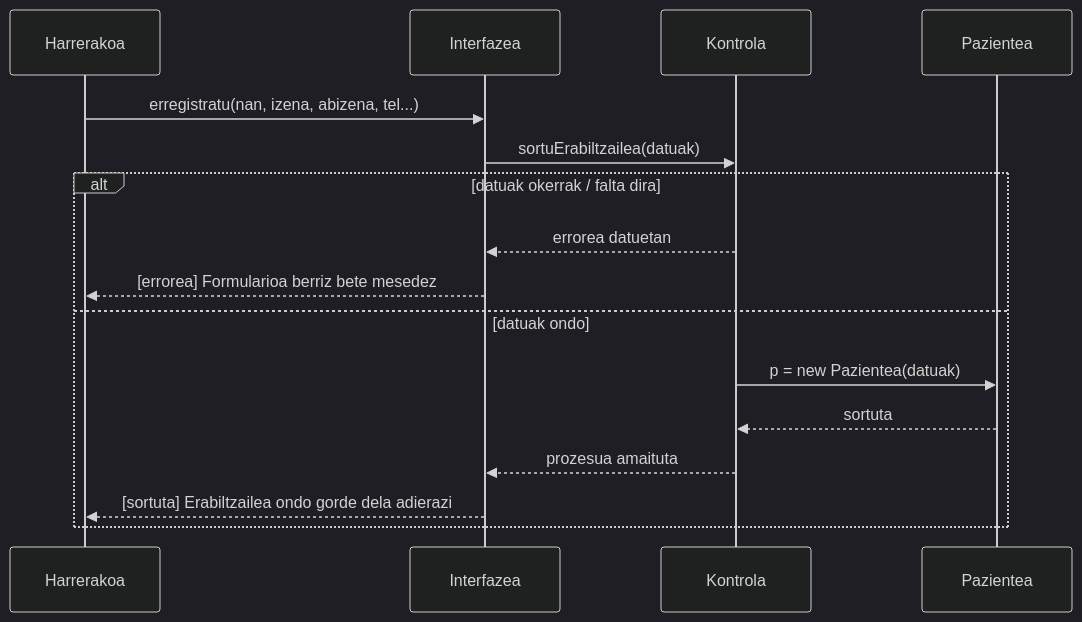
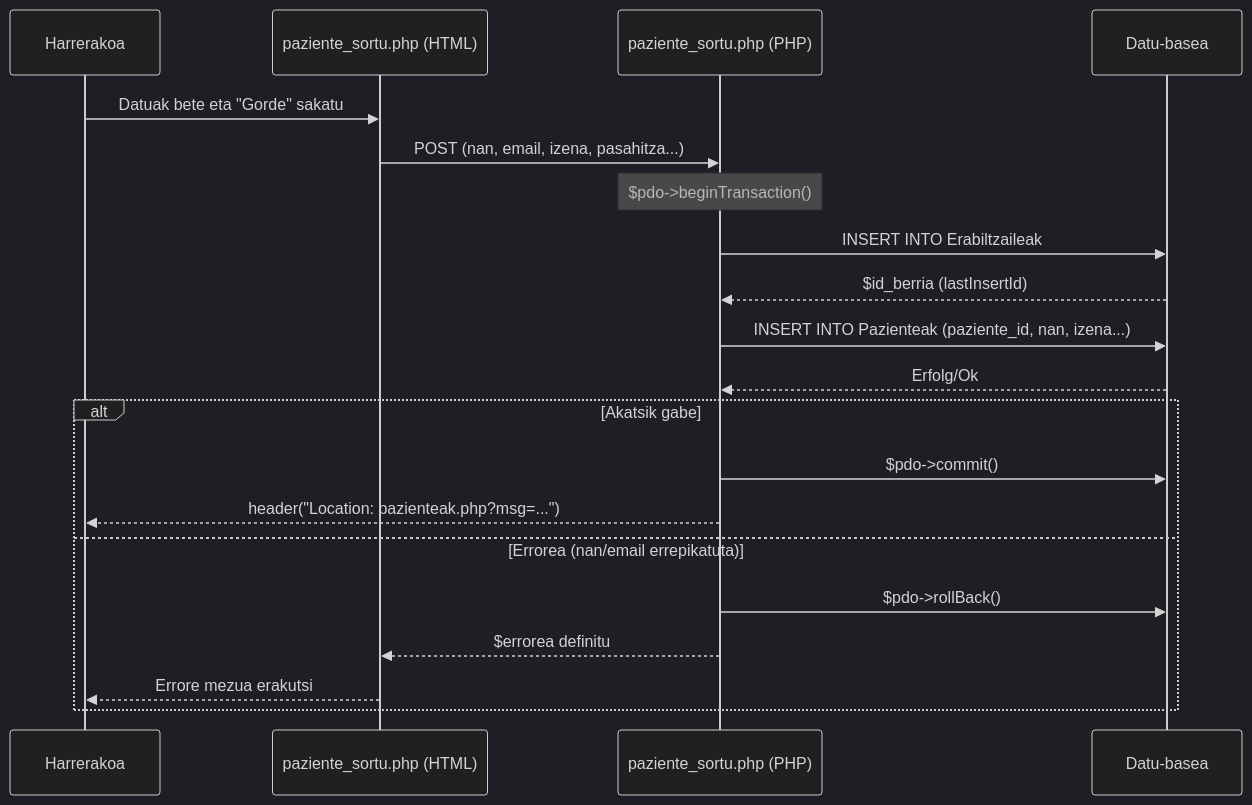
One commit to AnderUrienGoierri/GOsasunERRONKA changed the diagram in sekuentzia_diagramak/2_erabiltzailea_sortu.md. Above: the diagram before and after it, drawn with Mermaid (dark theme). The commit also changed other lines of this file and 13 other files, not shown here.

Commit message:
Arkitektura refaktorizazioa, sekuentzia diagramak eguneratu eta hizkuntza fitxategiak garbitu

````diff
--- a/sekuentzia_diagramak/2_erabiltzailea_sortu.md
+++ b/sekuentzia_diagramak/2_erabiltzailea_sortu.md
@@ -29,20 +29,27 @@
 ```mermaid
 sequenceDiagram
     participant H as Harrerakoa
-    participant I as Interfazea
-    participant K as Kontrola
-    participant KL as Pazientea
+    participant PH as paziente_sortu.php (HTML)
+    participant PP as paziente_sortu.php (PHP)
+    participant DB as Datu-basea
 
-    H->>I: erregistratu(nan, izena, abizena, tel...)
-    I->>K: sortuErabiltzailea(datuak)
+    H->>PH: Datuak bete eta "Gorde" sakatu
+    PH->>PP: POST (nan, email, izena, pasahitza...)
     
-    alt datuak okerrak / falta dira
-        K-->>I: errorea datuetan
-        I-->>H: [errorea] Formularioa berriz bete mesedez
-    else datuak ondo
-        K->>KL: p = new Pazientea(datuak)
-        KL-->>K: sortuta
-        K-->>I: prozesua amaituta
-        I-->>H: [sortuta] Erabiltzailea ondo gorde dela adierazi
+    Note over PP: $pdo->beginTransaction()
+    
+    PP->>DB: INSERT INTO Erabiltzaileak
+    DB-->>PP: $id_berria (lastInsertId)
+    
+    PP->>DB: INSERT INTO Pazienteak (paziente_id, nan, izena...)
+    DB-->>PP: Erfolg/Ok
+    
+    alt Akatsik gabe
+        PP->>DB: $pdo->commit()
+        PP-->>H: header("Location: pazienteak.php?msg=...")
+    else Errorea (nan/email errepikatuta)
+        PP->>DB: $pdo->rollBack()
+        PP-->>PH: $errorea definitu
+        PH-->>H: Errore mezua erakutsi
     end
 ```
````
